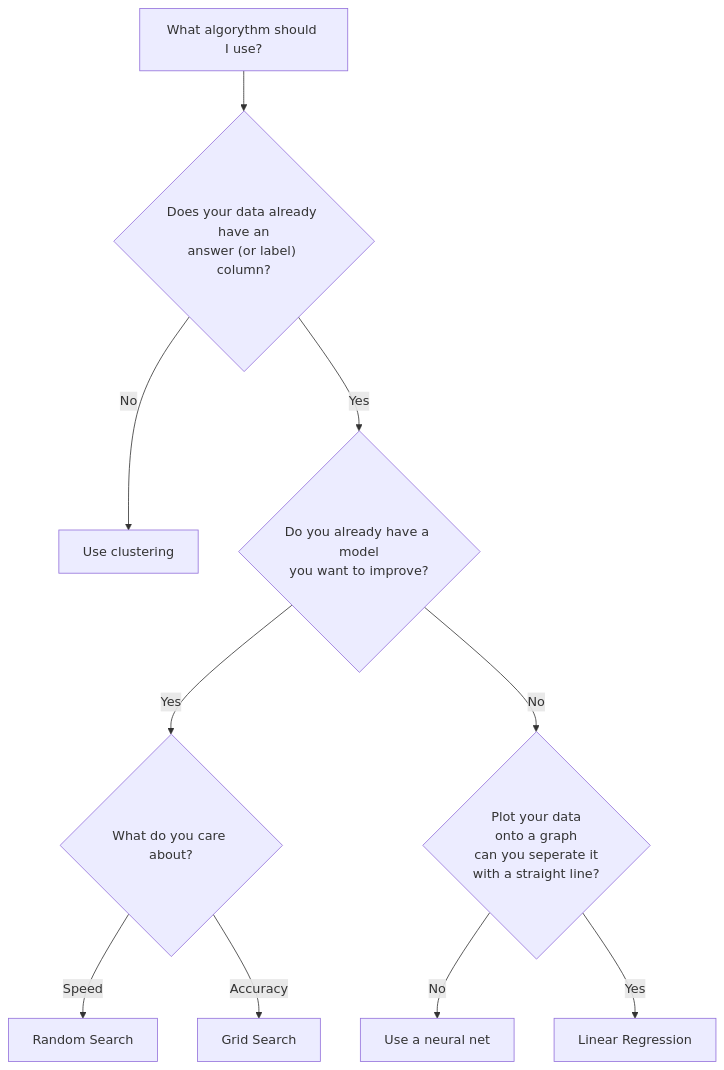
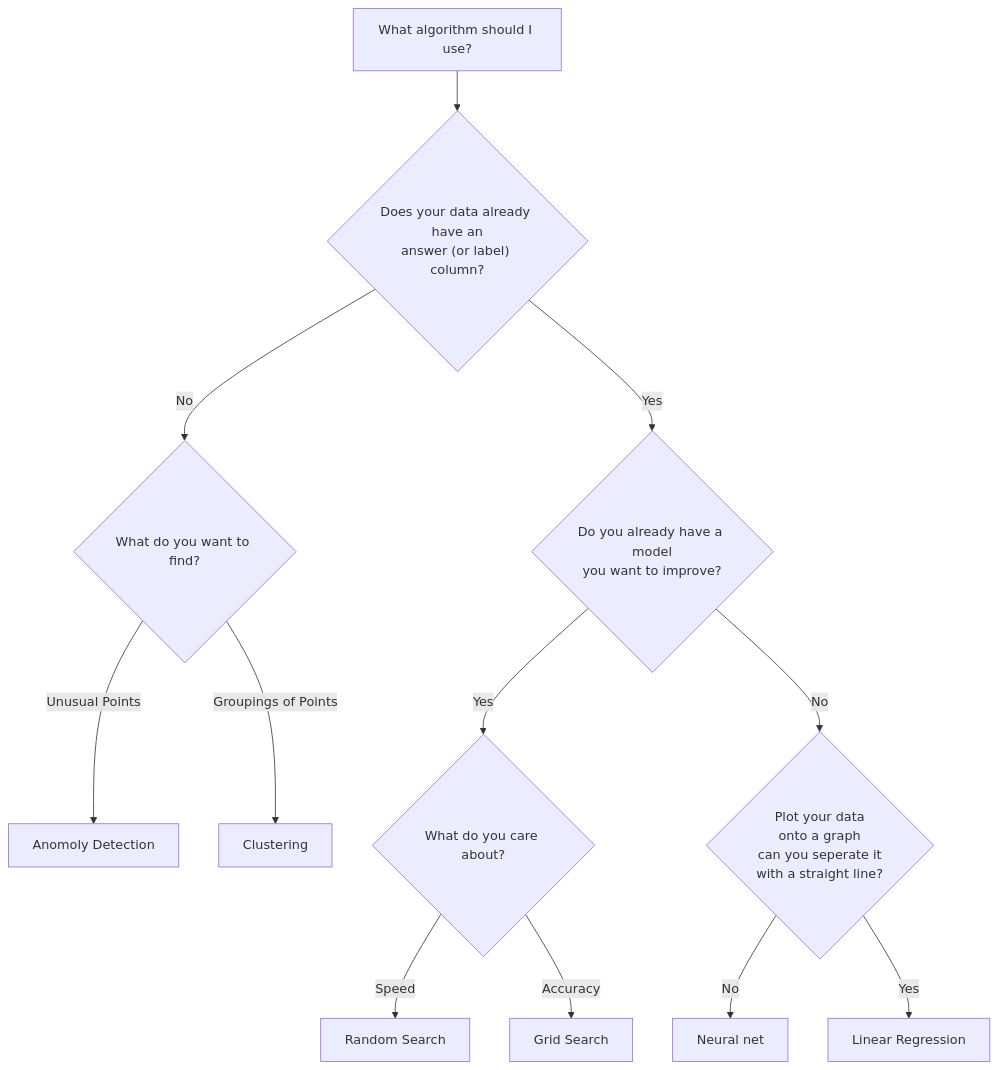
One commit to armakuni/neuralnet-cheat-sheet changed the first of 4 diagrams in README.md. Above: the diagram before and after it, drawn with Mermaid.

Commit message:
fix: Some spelling stuff

````diff
--- a/README.md
+++ b/README.md
@@ -12,12 +12,14 @@
 ```mermaid
 graph TD
-    START[What algorythm should I use?] --> LABEL{"Does your data already have an<br />answer (or label) column?"}
-    LABEL -->|No| CLUSTERING[Use clustering]
+    START[What algorithm should I use?] --> LABEL{"Does your data already have an<br />answer (or label) column?"}
+    LABEL -->|No| POINTS{"What do you want to find?"}
+    POINTS -->|Unusual Points| ANO[Anomoly Detection]
+    POINTS -->|Groupings of Points| CLUSTERING[Clustering]
     LABEL -->|Yes| IMPROVE{"Do you already have a model<br />you want to improve?"}
     IMPROVE -->|"Yes"| CARE{"What do you care about?"}
     CARE -->|Speed| SPEED[Random Search]
     CARE -->|Accuracy| ACC[Grid Search]
     IMPROVE -->|"No"| LINEAR{"Plot your data<br />onto a graph<br />can you seperate it<br />with a straight line?"}
-    LINEAR -->|"No"| NN["Use a neural net"]
+    LINEAR -->|"No"| NN["Neural net"]
     LINEAR -->|"Yes"| LR["Linear Regression"]
 ```
````
